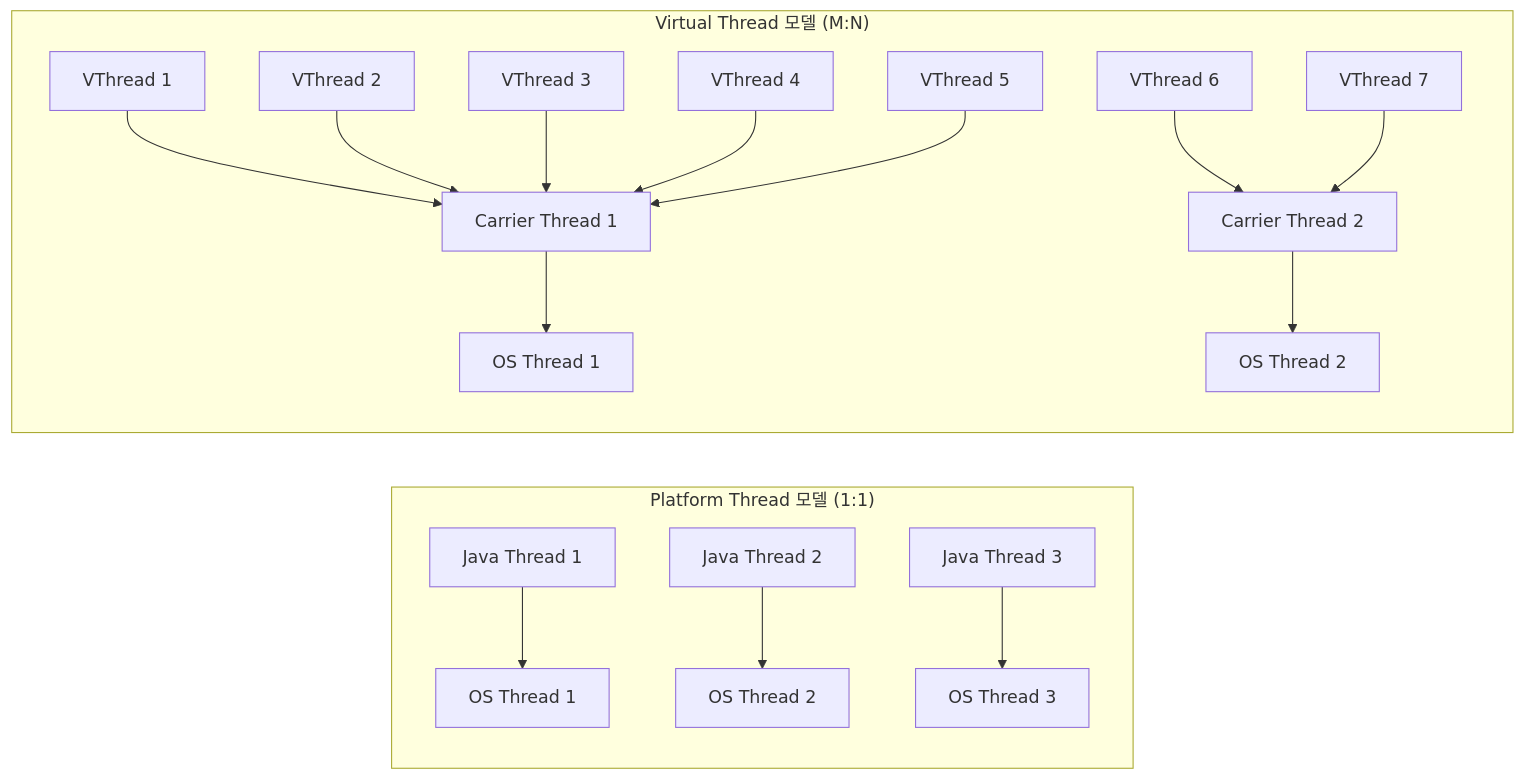
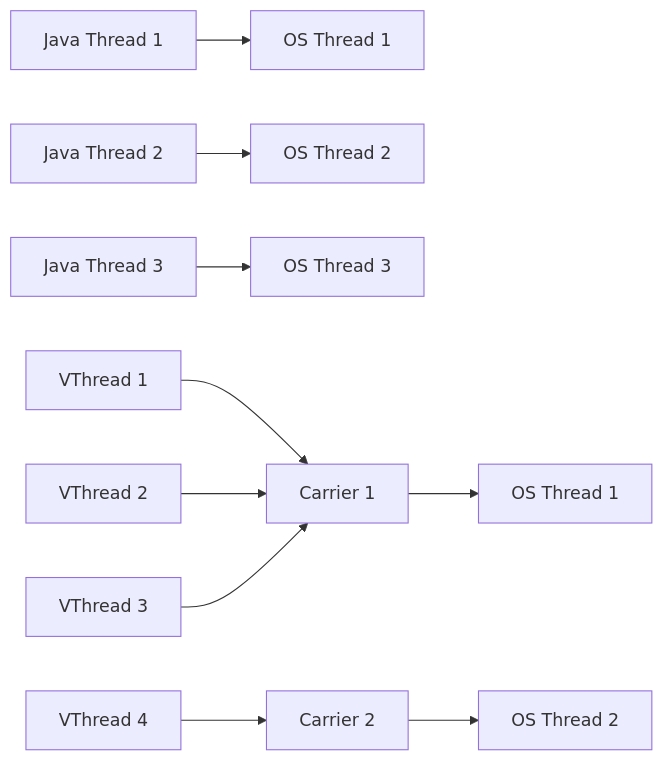
The third of 7 diagrams in _posts/java/2026-05-01-java-virtual-thread.md (yjkim2015/yjkim2015.github.io), drawn with Mermaid before and after one commit. The commit also changed other lines of this file and 215 other files, not shown here.

First line of the commit message:
신규 포스트 10개 추가 + Mermaid 전면 축소 + SystemDesign 시리즈 보강

````diff
--- a/_posts/java/2026-05-01-java-virtual-thread.md
+++ b/_posts/java/2026-05-01-java-virtual-thread.md
@@ -127,19 +121,12 @@
 ```mermaid
 graph LR
-  subgraph M1["Platform Thread 모델 (1:1)"]
     JT1[Java Thread 1] --> OST1[OS Thread 1]
     JT2[Java Thread 2] --> OST2[OS Thread 2]
     JT3[Java Thread 3] --> OST3[OS Thread 3]
-  end
-  subgraph M2["Virtual Thread 모델 (M:N)"]
-    VT1[VThread 1] --> CT1[Carrier Thread 1]
+    VT1[VThread 1] --> CT1[Carrier 1]
     VT2[VThread 2] --> CT1
     VT3[VThread 3] --> CT1
-    VT4[VThread 4] --> CT1
-    VT5[VThread 5] --> CT1
-    VT6[VThread 6] --> CT2[Carrier Thread 2]
-    VT7[VThread 7] --> CT2
+    VT4[VThread 4] --> CT2[Carrier 2]
     CT1 --> OS1[OS Thread 1]
     CT2 --> OS2[OS Thread 2]
-  end
 ```
````
